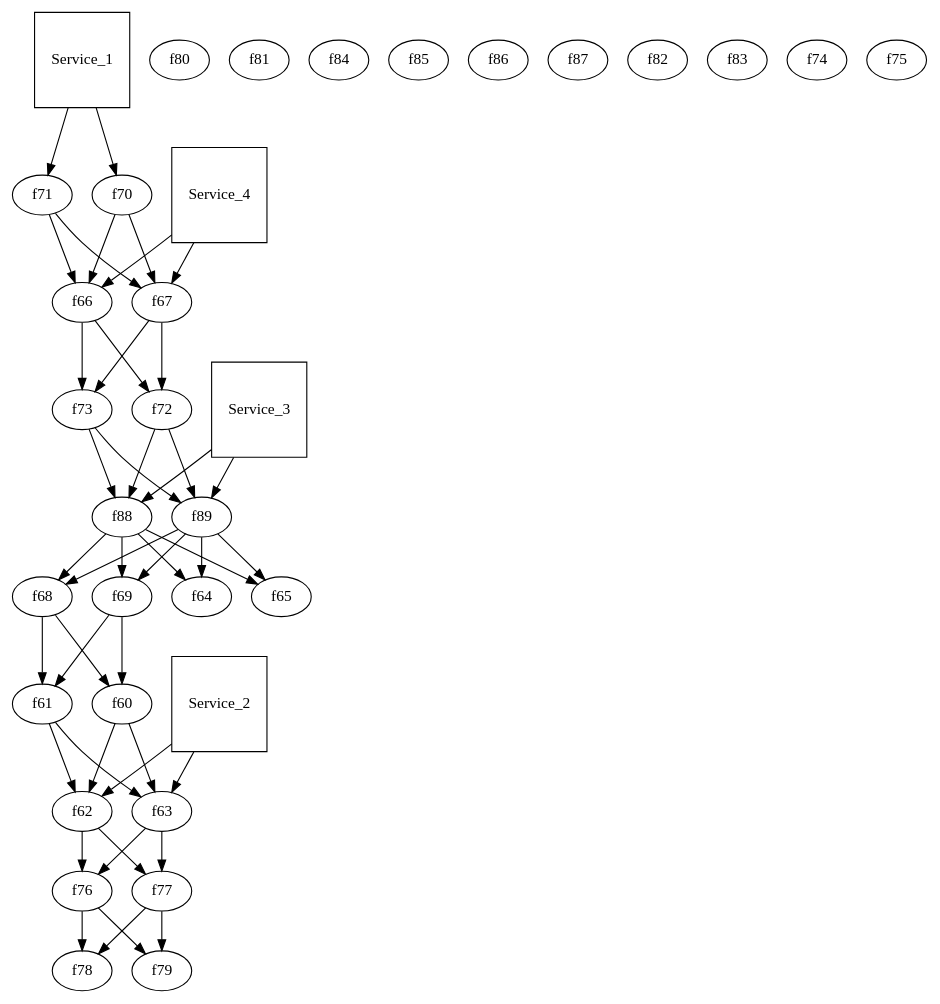
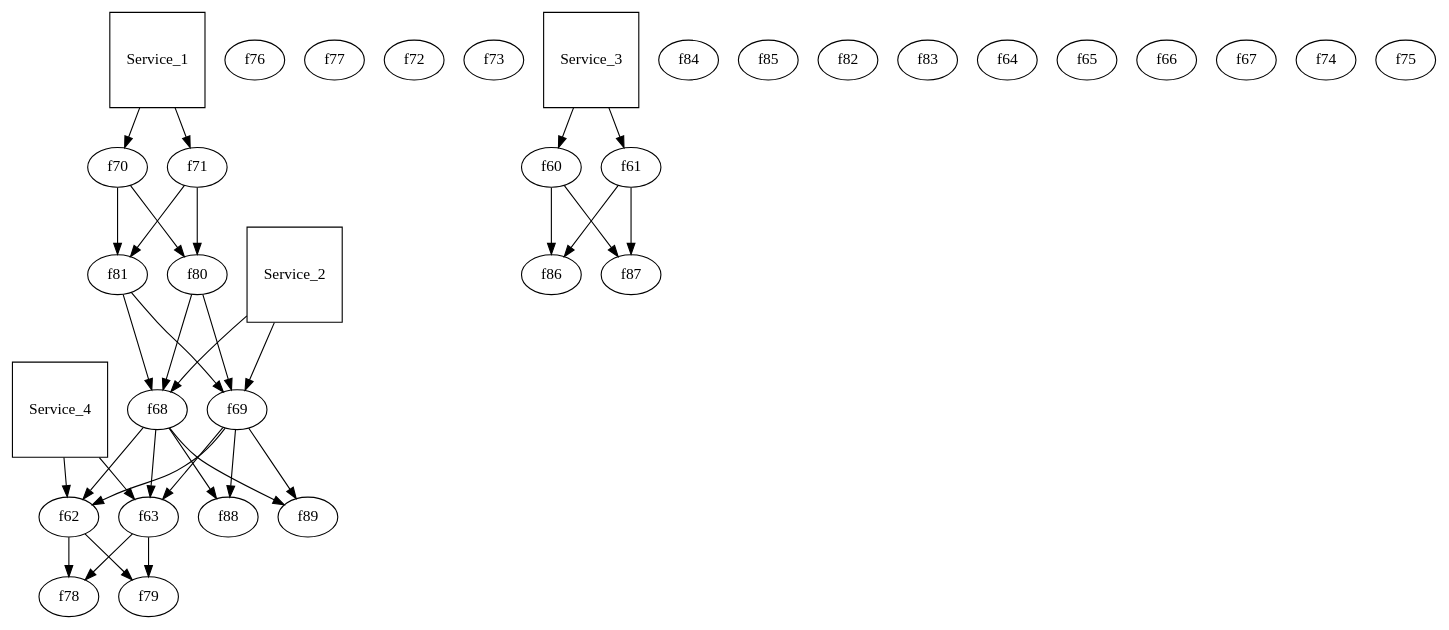
Before and after one commit to pcoppens/chaos-re: the diagram in system2.dot, drawn with Graphviz. The commit also changed 6 other files, not shown here.

```diff
--- a/system2.dot
+++ b/system2.dot
@@ -1,29 +1,29 @@
 digraph System{
 	f70 ; 	f71 ; 
 	f76 ; 	f77 ; 
 	f72 ; 	f73 ; 
 	f80 ; 	f81 ; 
 	f60 ; 	f61 ; 
 	f84 ; 	f85 ; 
 	f62 ; 	f63 ; 
 	f86 ; 	f87 ; 
 	f82 ; 	f83 ; 
 	f64 ; 	f65 ; 
 	f66 ; 	f67 ; 
 	f88 ; 	f89 ; 
 	f78 ; 	f79 ; 
 	f68 ; 	f69 ; 
 	f74 ; 	f75 ; 
 Service_1[shape=square];
- Service_1->f70; Service_1->f71; f70 -> f66;
-f70 ->f67; f71 ->f67; f71 ->f66; 
+ Service_1->f70; Service_1->f71; f70 -> f80 -> f68 -> f88;
+f70 ->f81; f71 ->f81; f71 ->f80; f80 ->f69; f81 ->f69; f81 ->f68; f68 ->f89; f69 ->f89; f69 ->f88; 
 Service_2[shape=square];
- Service_2->f62; Service_2->f63; f62 -> f76 -> f78;
-f62 ->f77; f63 ->f77; f63 ->f76; f76 ->f79; f77 ->f79; f77 ->f78; 
+ Service_2->f68; Service_2->f69; f68 -> f62;
+f68 ->f63; f69 ->f63; f69 ->f62; 
 Service_3[shape=square];
- Service_3->f88; Service_3->f89; f88 -> f68 -> f60 -> f62;
-f88 ->f69; f89 ->f69; f89 ->f68; f68 ->f61; f69 ->f61; f69 ->f60; f60 ->f63; f61 ->f63; f61 ->f62; 
+ Service_3->f60; Service_3->f61; f60 -> f86;
+f60 ->f87; f61 ->f87; f61 ->f86; 
 Service_4[shape=square];
- Service_4->f66; Service_4->f67; f66 -> f72 -> f88 -> f64;
-f66 ->f73; f67 ->f73; f67 ->f72; f72 ->f89; f73 ->f89; f73 ->f88; f88 ->f65; f89 ->f65; f89 ->f64; 
+ Service_4->f62; Service_4->f63; f62 -> f78;
+f62 ->f79; f63 ->f79; f63 ->f78; 
 }
```
